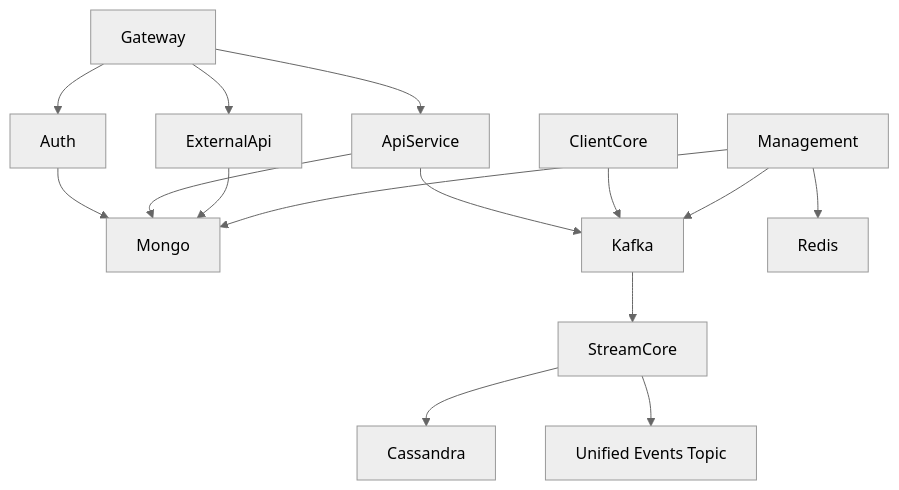
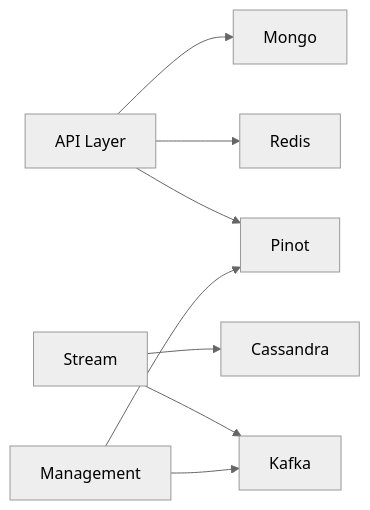
Before and after one commit to flamingo-stack/openframe-oss-lib: the sixth of 6 diagrams in docs/reference/architecture/README.md, drawn with Mermaid (neutral theme). The commit also changed other lines of this file and 212 other files, not shown here.

````diff
--- a/docs/reference/architecture/README.md
+++ b/docs/reference/architecture/README.md
@@ -273,21 +232,12 @@
 ```mermaid
-flowchart TD
-    Gateway --> ApiService
-    Gateway --> ExternalApi
-    Gateway --> Auth
+flowchart LR
+    Api["API Layer"] --> Mongo
+    Api --> Redis
+    Api --> Pinot
 
-    Auth --> Mongo
-    ApiService --> Mongo
-    ExternalApi --> Mongo
+    Stream --> Cassandra
+    Stream --> Kafka
 
-    ApiService --> Kafka
-    ClientCore --> Kafka
-
-    Kafka --> StreamCore
-    StreamCore --> Cassandra
-    StreamCore --> UnifiedTopic["Unified Events Topic"]
-
+    Management --> Pinot
     Management --> Kafka
-    Management --> Mongo
-    Management --> Redis
 ```
````
